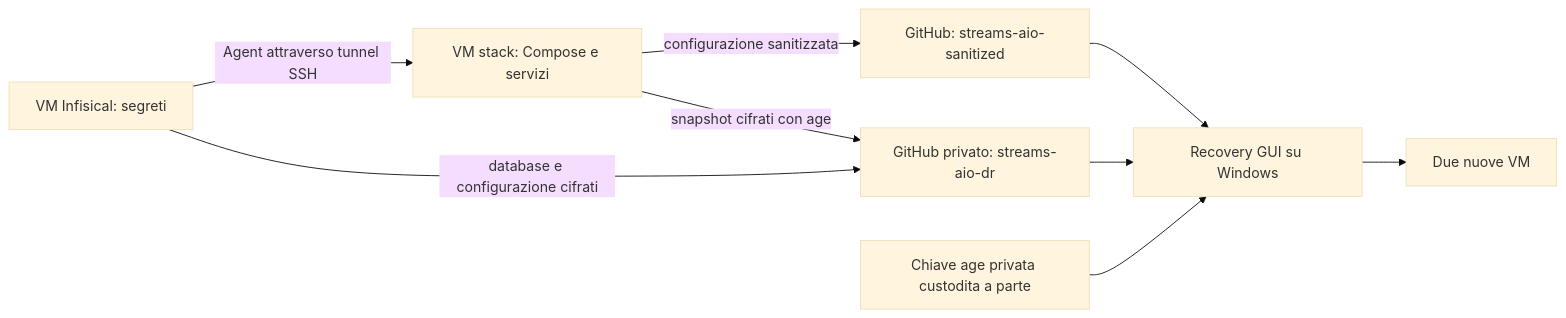
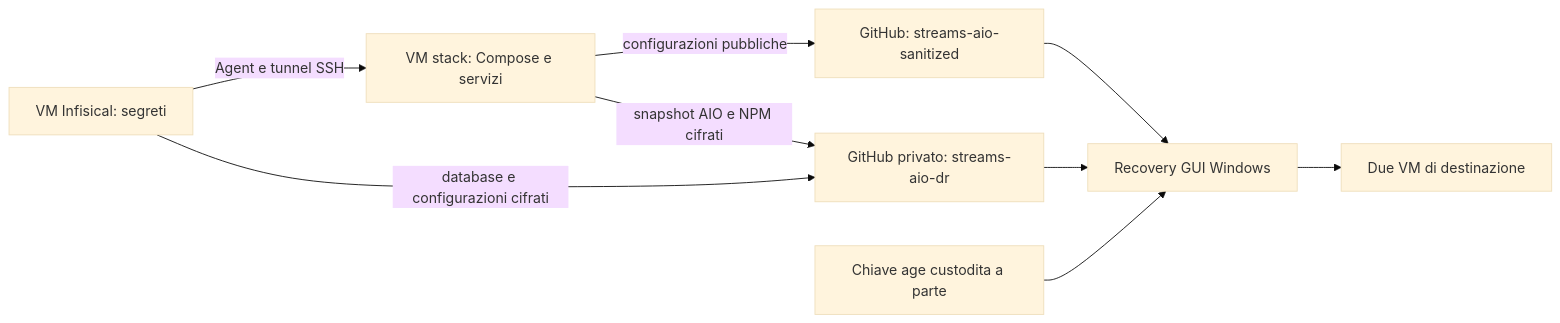
The diagram in README.md (dav1dera/streams-aio-recovery-gui), drawn with Mermaid (base theme) before and after one commit. The commit also changed other lines of this file and 12 other files, not shown here.

````diff
--- a/README.md
+++ b/README.md
@@ -32,11 +33,11 @@
 ```mermaid
 flowchart LR
-    VM[VM stack: Compose e servizi] -->|configurazione sanitizzata| PUB[GitHub: streams-aio-sanitized]
-    INF[VM Infisical: segreti] -->|Agent attraverso tunnel SSH| VM
-    VM -->|snapshot cifrati con age| DR[GitHub privato: streams-aio-dr]
-    INF -->|database e configurazione cifrati| DR
-    PUB --> GUI[Recovery GUI su Windows]
+    INF[VM Infisical: segreti] -->|Agent e tunnel SSH| VM[VM stack: Compose e servizi]
+    VM -->|configurazioni pubbliche| PUB[GitHub: streams-aio-sanitized]
+    INF -->|database e configurazioni cifrati| DR[GitHub privato: streams-aio-dr]
+    VM -->|snapshot AIO e NPM cifrati| DR
+    PUB --> GUI[Recovery GUI Windows]
     DR --> GUI
-    KEY[Chiave age privata custodita a parte] --> GUI
-    GUI --> NEW[Due nuove VM]
+    KEY[Chiave age custodita a parte] --> GUI
+    GUI --> NEW[Due VM di destinazione]
 ```
````
